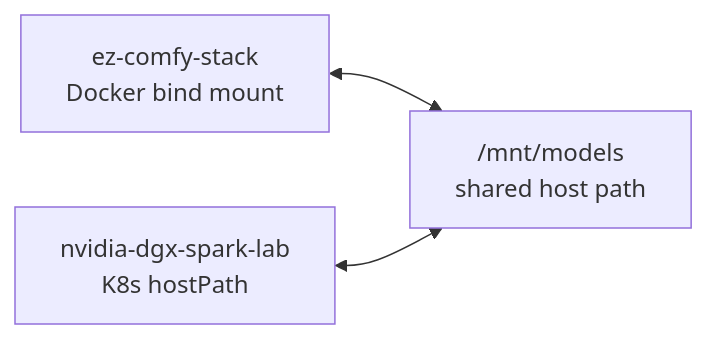
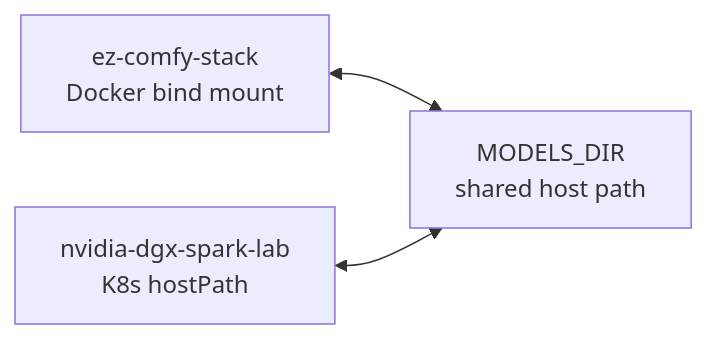
Before and after one commit to toxicoder/ez-comfy-stack: the second of 4 diagrams in docs/models-and-cache.md, drawn with Mermaid. The commit also changed other lines of this file and 142 other files, not shown here.

````diff
--- a/docs/models-and-cache.md
+++ b/docs/models-and-cache.md
@@ -241,8 +285,8 @@
 ```mermaid
 flowchart LR
   EZ["ez-comfy-stack<br/>Docker bind mount"]
-  Cache["/mnt/models<br/>shared host path"]
+  Cache["MODELS_DIR<br/>shared host path"]
   Lab["nvidia-dgx-spark-lab<br/>K8s hostPath"]
   EZ <--> Cache
   Lab <--> Cache
 ```
````
